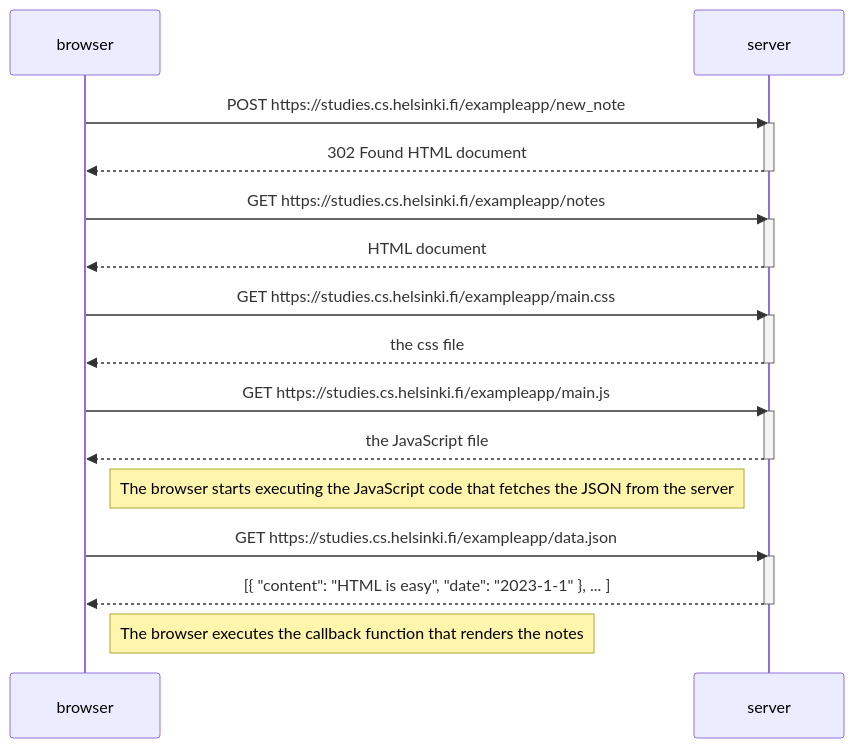
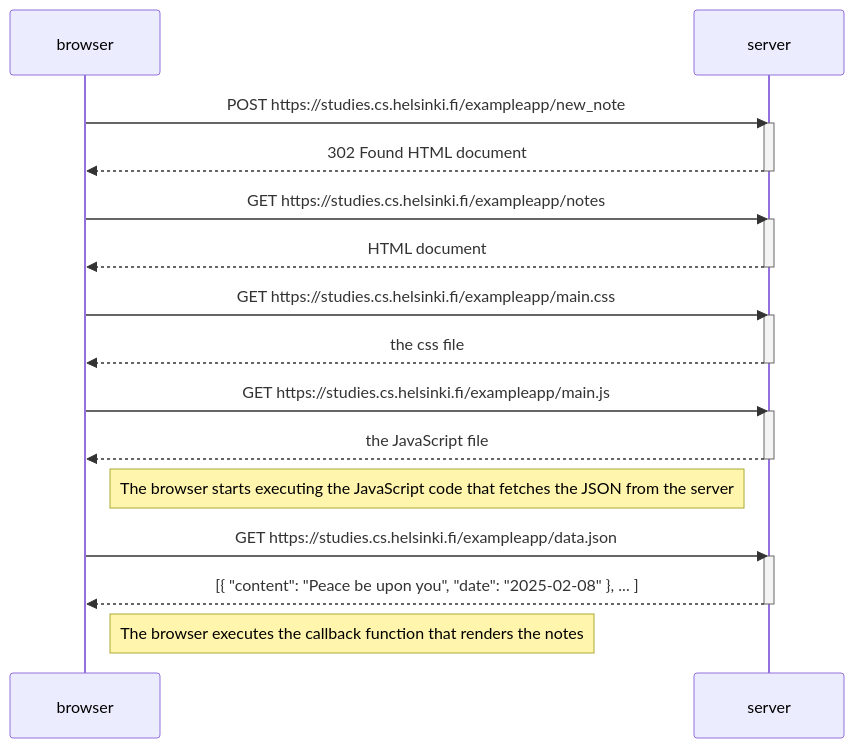
Before and after one commit to MucahidDeveloper/helsinkiFullstackopenCourse: the diagram in part0/0.4-New-note-diagram.mermaid, drawn with Mermaid.

Commit message:
updating 0.4-New note diagram exercise solution

```diff
--- a/part0/0.4-New-note-diagram.mermaid
+++ b/part0/0.4-New-note-diagram.mermaid
@@ -1,32 +1,32 @@
 sequenceDiagram
     participant browser
     participant server
 
     browser->>server: POST https://studies.cs.helsinki.fi/exampleapp/new_note
     activate server
     server-->>browser: 302 Found HTML document
     deactivate server
 
     browser->>server: GET https://studies.cs.helsinki.fi/exampleapp/notes
     activate server
     server-->>browser: HTML document
     deactivate server
 
     browser->>server: GET https://studies.cs.helsinki.fi/exampleapp/main.css
     activate server
     server-->>browser: the css file
     deactivate server
 
     browser->>server: GET https://studies.cs.helsinki.fi/exampleapp/main.js
     activate server
     server-->>browser: the JavaScript file
     deactivate server
 
     Note right of browser: The browser starts executing the JavaScript code that fetches the JSON from the server
 
     browser->>server: GET https://studies.cs.helsinki.fi/exampleapp/data.json
     activate server
-    server-->>browser: [{ "content": "HTML is easy", "date": "2023-1-1" }, ... ]
+    server-->>browser: [{ "content": "Peace be upon you", "date": "2025-02-08" }, ... ]
     deactivate server
 
     Note right of browser: The browser executes the callback function that renders the notes
```
